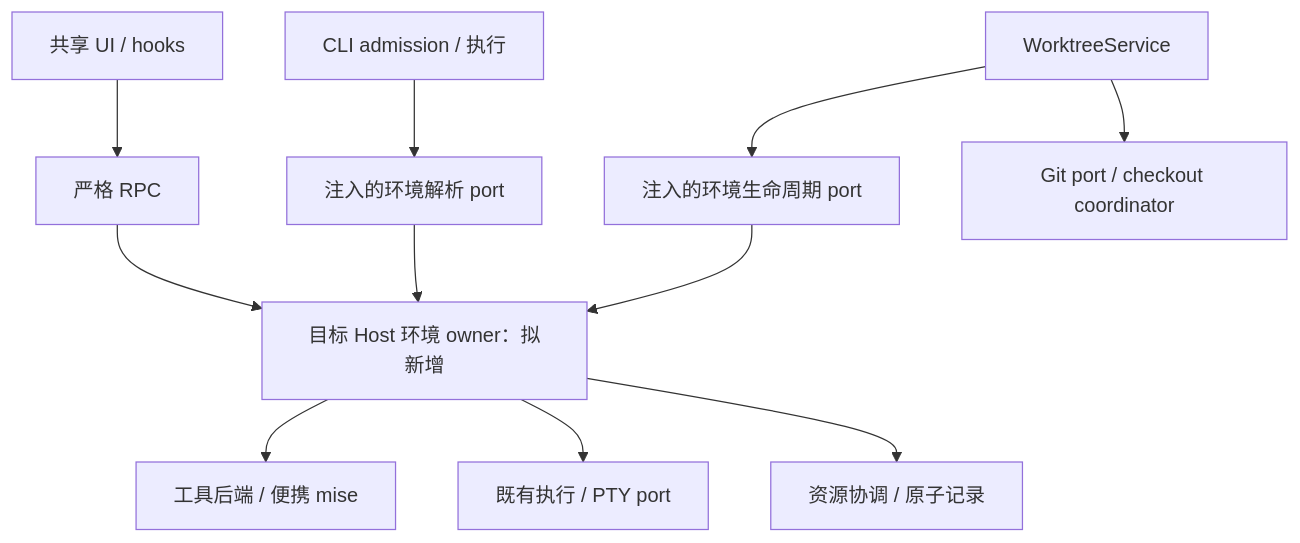
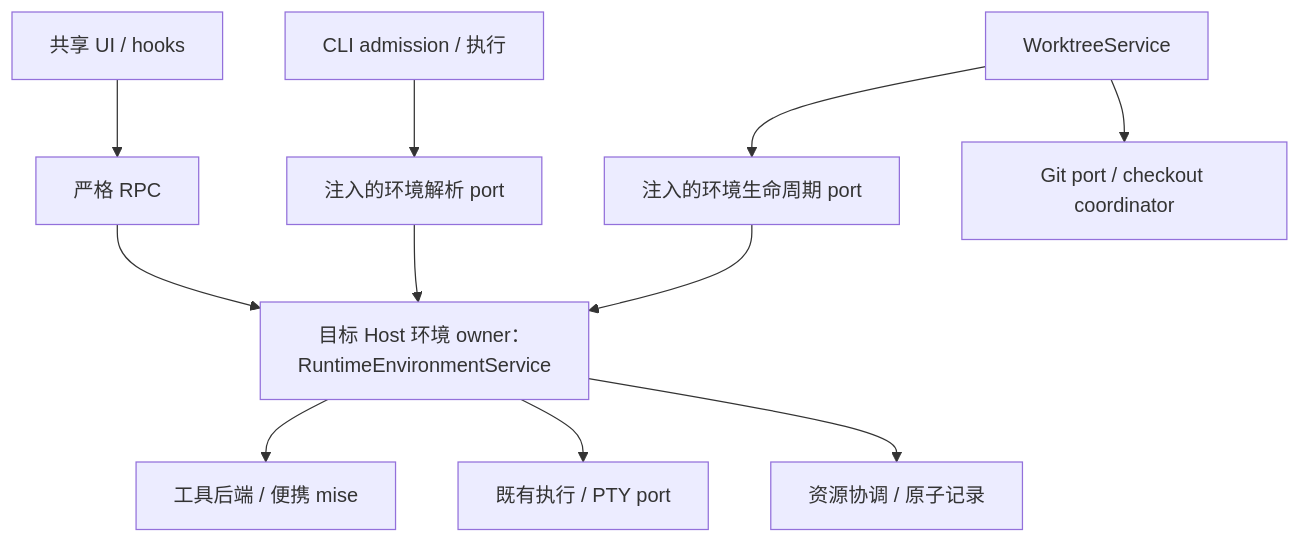
One commit to lemon-casino/LemonCode changed the second of 8 diagrams in specs/worktree-runtime-environments.md. Above: the diagram before and after it, drawn with Mermaid. The commit also changed other lines of this file and 261 other files, not shown here.

First line of the commit message:
feat(runtime-environment): 接通托管运行环境纵向与工作树环境集成

````diff
--- a/specs/worktree-runtime-environments.md
+++ b/specs/worktree-runtime-environments.md
@@ -209,13 +242,13 @@
 ```mermaid
 flowchart TD
   UI[共享 UI / hooks] --> RPC[严格 RPC]
-  RPC --> ENV[目标 Host 环境 owner：拟新增]
+  RPC --> ENV[目标 Host 环境 owner：RuntimeEnvironmentService]
   CLI[CLI admission / 执行] --> EP[注入的环境解析 port]
   EP --> ENV
   WT[WorktreeService] --> LP[注入的环境生命周期 port]
   LP --> ENV
   ENV --> TOOL[工具后端 / 便携 mise]
   ENV --> EXEC[既有执行 / PTY port]
   ENV --> RES[资源协调 / 原子记录]
   WT --> GIT[Git port / checkout coordinator]
 ```
````
